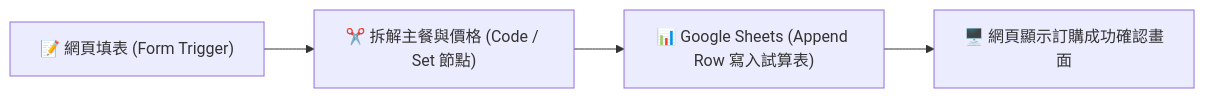
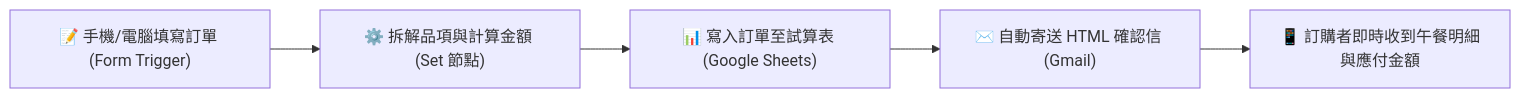
The diagram in Google_Cloud_api服務/訂便當/README.md (roberthsu2003/n8n), drawn with Mermaid before and after one commit. The commit also changed other lines of this file and 10 other files, not shown here.

````diff
--- a/Google_Cloud_api服務/訂便當/README.md
+++ b/Google_Cloud_api服務/訂便當/README.md
@@ -12,6 +12,7 @@
 ```mermaid
 flowchart LR
-    A["📝 網頁填表 (Form Trigger)"] --> B["✂️ 拆解主餐與價格 (Code / Set 節點)"]
-    B --> C["📊 Google Sheets (Append Row 寫入試算表)"]
-    C --> D["🖥️ 網頁顯示訂購成功確認畫面"]
+    A["📝 手機/電腦填寫訂單 (Form Trigger)"] --> B["⚙️ 拆解品項與計算金額 (Set 節點)"]
+    B --> C["📊 寫入訂單至試算表 (Google Sheets)"]
+    C --> D["✉️ 自動寄送 HTML 確認信 (Gmail)"]
+    D --> E["📱 訂購者即時收到午餐明細與應付金額"]
 ```
````
